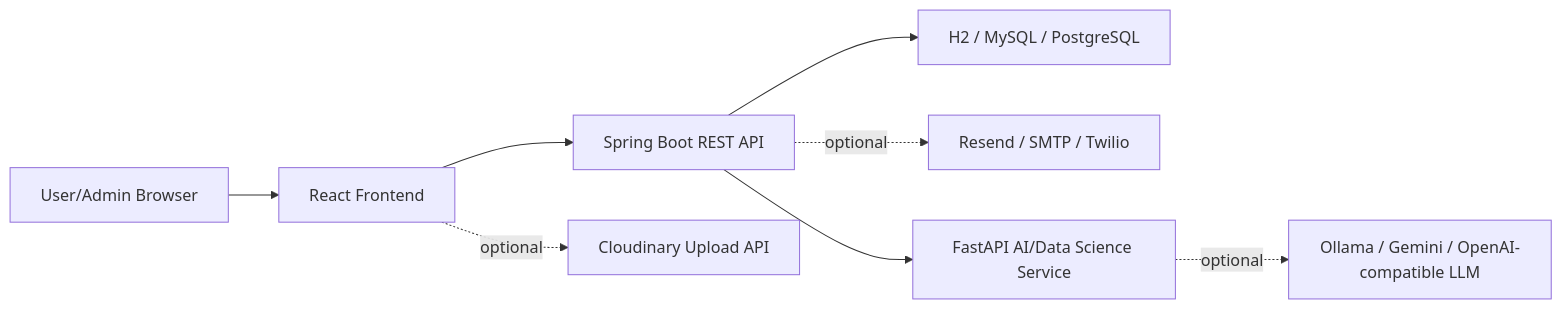
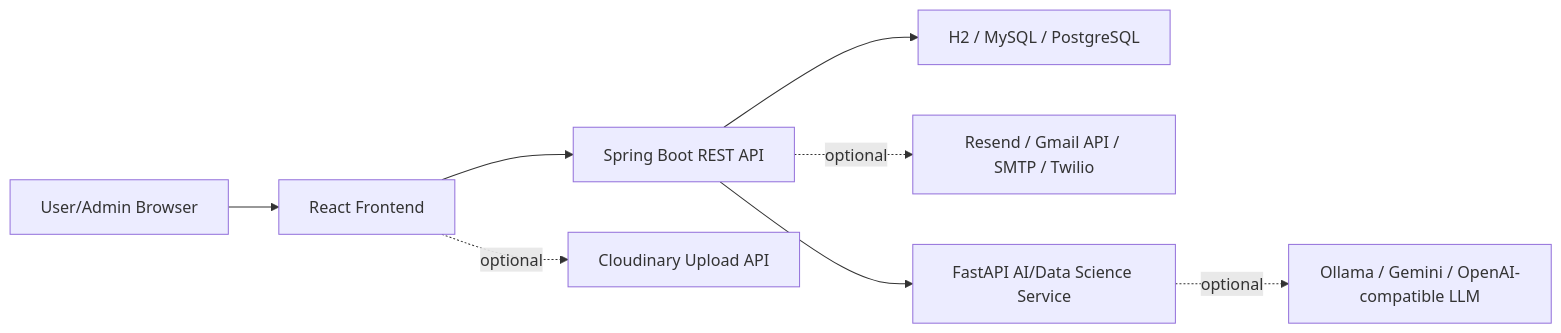
Before and after one commit to tausifalam6879/Loan_Verification_System: the diagram in README.md, drawn with Mermaid. The commit also changed other lines of this file and 5 other files, not shown here.

Commit message:
Add Gmail API OTP delivery

````diff
--- a/README.md
+++ b/README.md
@@ -62,10 +62,10 @@
 ```mermaid
 flowchart LR
     user["User/Admin Browser"] --> react["React Frontend"]
     react --> api["Spring Boot REST API"]
     api --> database["H2 / MySQL / PostgreSQL"]
-    api -.optional.-> notifications["Resend / SMTP / Twilio"]
+    api -.optional.-> notifications["Resend / Gmail API / SMTP / Twilio"]
     react -.optional.-> cloudinary["Cloudinary Upload API"]
     api --> ai["FastAPI AI/Data Science Service"]
     ai -.optional.-> llm["Ollama / Gemini / OpenAI-compatible LLM"]
 ```
````
